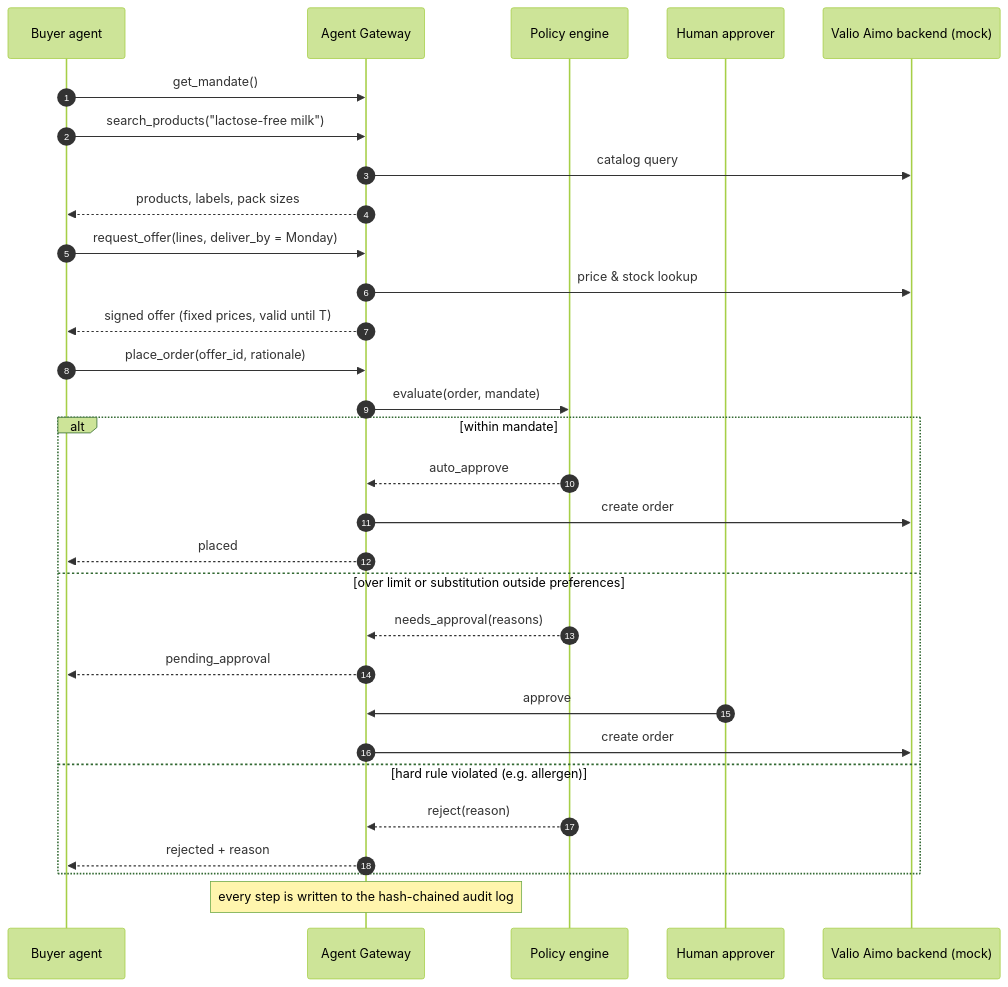
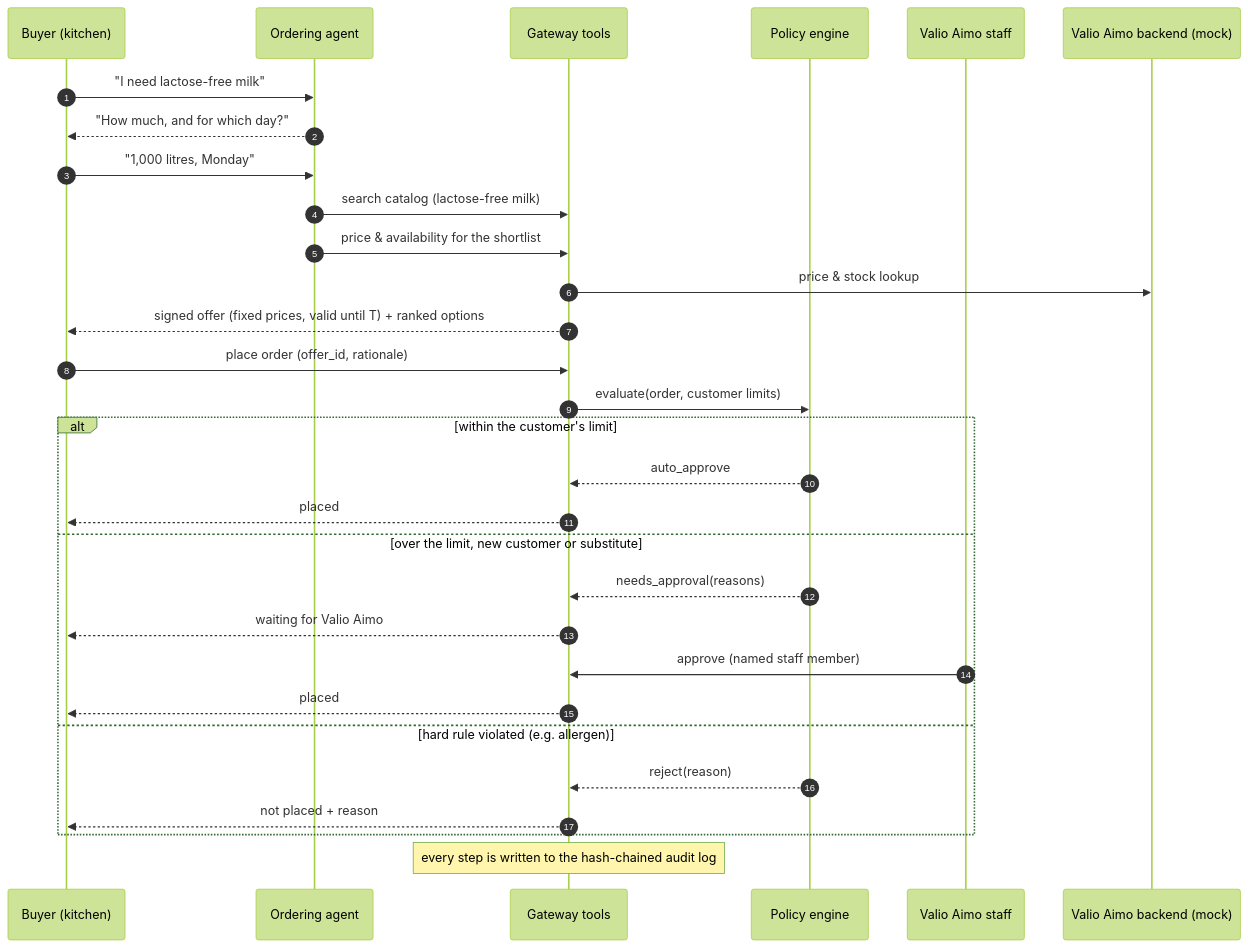
One commit to CharlotteYu-qq/Junction2026 changed the diagram in README.md. Above: the diagram before and after it, drawn with Mermaid (forest theme). The commit also changed other lines of this file and 1 other file, not shown here.

First line of the commit message:
docs: describe the agent as Valio Aimo's conversational ordering agent

````diff
--- a/README.md
+++ b/README.md
@@ -82,32 +83,32 @@
 ```mermaid
 sequenceDiagram
     autonumber
-    participant A as Buyer agent
-    participant G as Agent Gateway
+    participant U as Buyer (kitchen)
+    participant A as Ordering agent
+    participant G as Gateway tools
     participant P as Policy engine
-    participant H as Human approver
+    participant H as Valio Aimo staff
     participant B as Valio Aimo backend (mock)
-    A->>G: get_mandate()
-    A->>G: search_products("lactose-free milk")
-    G->>B: catalog query
-    G-->>A: products, labels, pack sizes
-    A->>G: request_offer(lines, deliver_by = Monday)
+    U->>A: "I need lactose-free milk"
+    A-->>U: "How much, and for which day?"
+    U->>A: "1,000 litres, Monday"
+    A->>G: search catalog (lactose-free milk)
+    A->>G: price & availability for the shortlist
     G->>B: price & stock lookup
-    G-->>A: signed offer (fixed prices, valid until T)
-    A->>G: place_order(offer_id, rationale)
-    G->>P: evaluate(order, mandate)
-    alt within mandate
+    G-->>U: signed offer (fixed prices, valid until T) + ranked options
+    U->>G: place order (offer_id, rationale)
+    G->>P: evaluate(order, customer limits)
+    alt within the customer's limit
         P-->>G: auto_approve
-        G->>B: create order
-        G-->>A: placed
-    else over limit or substitution outside preferences
+        G-->>U: placed
+    else over the limit, new customer or substitute
         P-->>G: needs_approval(reasons)
-        G-->>A: pending_approval
-        H->>G: approve
-        G->>B: create order
+        G-->>U: waiting for Valio Aimo
+        H->>G: approve (named staff member)
+        G-->>U: placed
     else hard rule violated (e.g. allergen)
         P-->>G: reject(reason)
-        G-->>A: rejected + reason
+        G-->>U: not placed + reason
     end
     Note over G: every step is written to the hash-chained audit log
 ```
````
